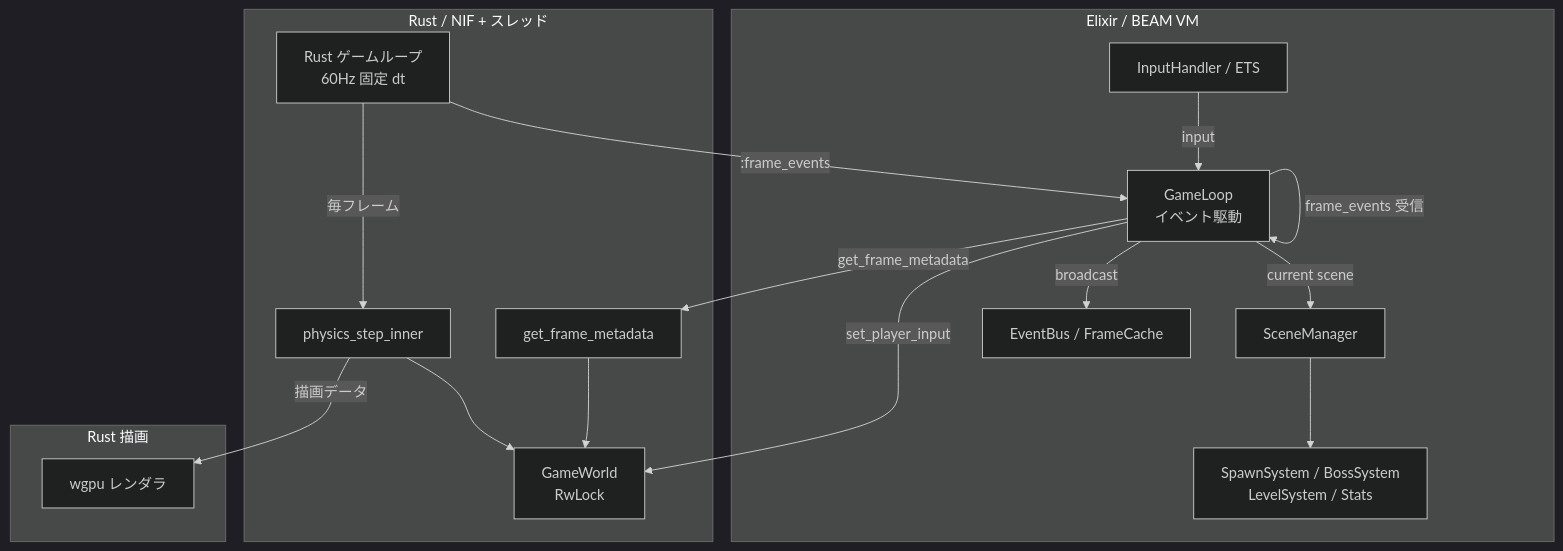
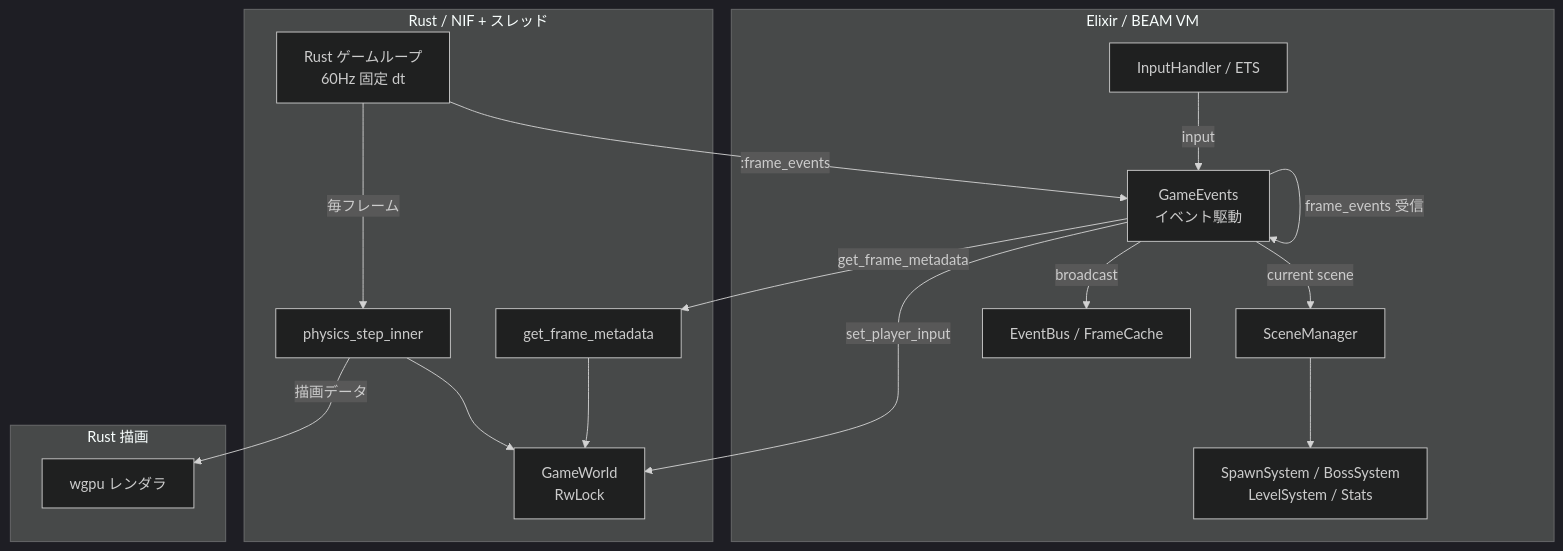
The diagram in README.md (FRICK-ELDY/elixir_rust), drawn with Mermaid (dark theme) before and after one commit. The commit also changed other lines of this file and 33 other files, not shown here.

Commit message:
Step 46: GameLoop を GameEvents にリネーム

````diff
--- a/README.md
+++ b/README.md
@@ -62,36 +62,36 @@
 ```mermaid
 flowchart TB
     subgraph Elixir [Elixir / BEAM VM]
-        GL[GameLoop\nイベント駆動]
+        GL[GameEvents\nイベント駆動]
         SM[SceneManager]
         EB[EventBus / FrameCache]
         IH[InputHandler / ETS]
         SS[SpawnSystem / BossSystem\nLevelSystem / Stats]
 
         GL -->|"frame_events 受信"| GL
         GL -->|current scene| SM
         GL -->|broadcast| EB
         IH -->|input| GL
         SM --> SS
     end
 
     subgraph Rust [Rust / NIF + スレッド]
         RGL[Rust ゲームループ\n60Hz 固定 dt]
         PS[physics_step_inner]
         GWM[get_frame_metadata]
         GW[GameWorld\nRwLock]
 
         RGL -->|"毎フレーム"| PS
         PS --> GW
         GWM --> GW
         RGL -->|":frame_events"| GL
     end
 
     subgraph Render [Rust 描画]
         WG[wgpu レンダラ]
     end
 
     GL -->|set_player_input| GW
     GL -->|get_frame_metadata| GWM
     PS -->|描画データ| WG
 ```
````
